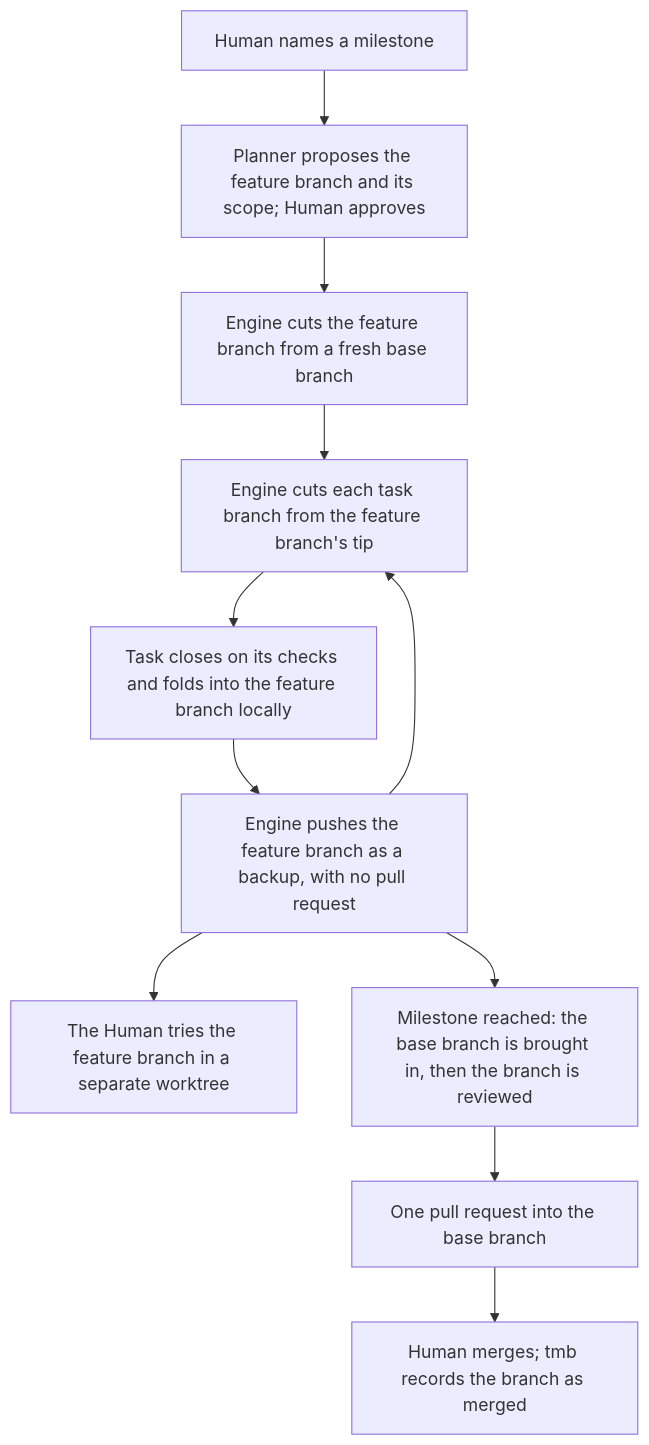
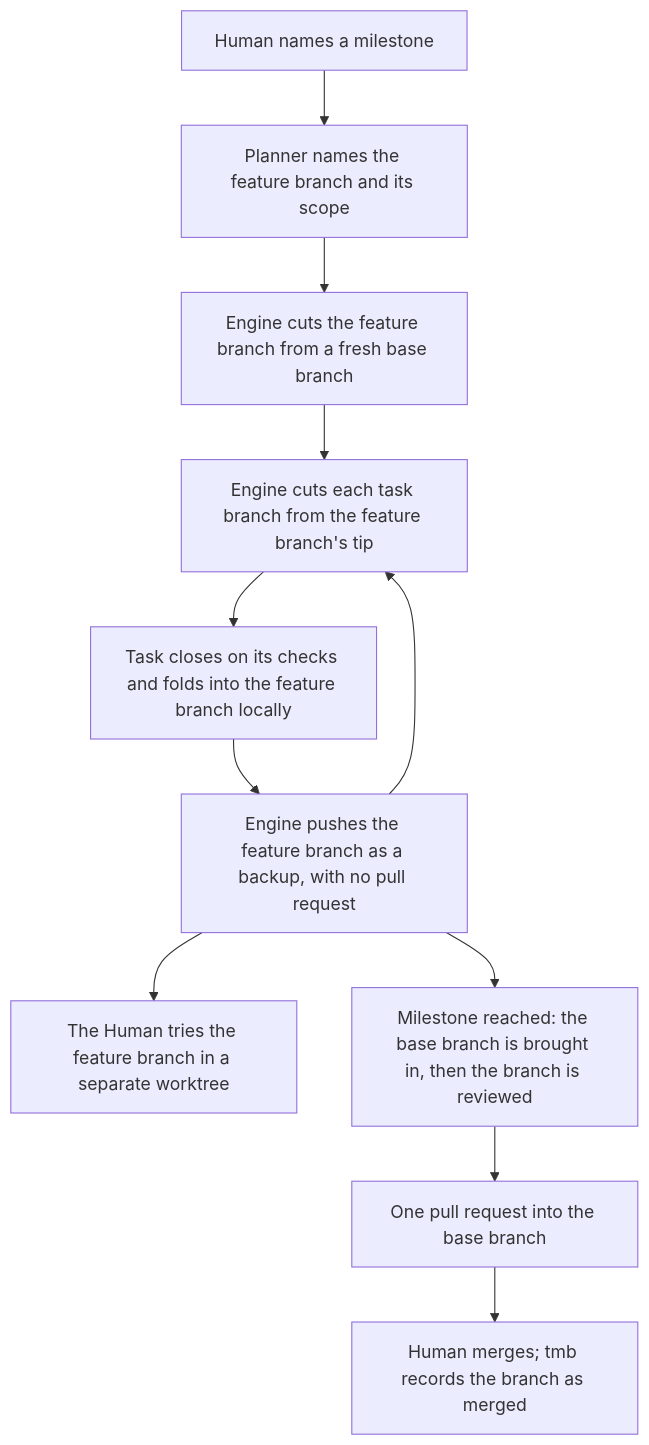
Before and after one commit to trustmybot/tmb: the third of 8 diagrams in docs/flows/3_WORKFLOW.md, drawn with Mermaid. The commit also changed other lines of this file and 11 other files, not shown here.

````diff
--- a/docs/flows/3_WORKFLOW.md
+++ b/docs/flows/3_WORKFLOW.md
@@ -78,13 +84,13 @@
 ```mermaid
 flowchart TD
-    A["Human names a milestone"] --> B["Planner proposes the feature branch and its scope; Human approves"]
+    A["Human names a milestone"] --> B["Planner names the feature branch and its scope"]
     B --> C["Engine cuts the feature branch from a fresh base branch"]
     C --> D["Engine cuts each task branch from the feature branch's tip"]
     D --> E["Task closes on its checks and folds into the feature branch locally"]
     E --> F["Engine pushes the feature branch as a backup, with no pull request"]
     F --> D
     F --> T["The Human tries the feature branch in a separate worktree"]
     F --> M["Milestone reached: the base branch is brought in, then the branch is reviewed"]
     M --> P["One pull request into the base branch"]
     P --> Z["Human merges; tmb records the branch as merged"]
 ```
````
